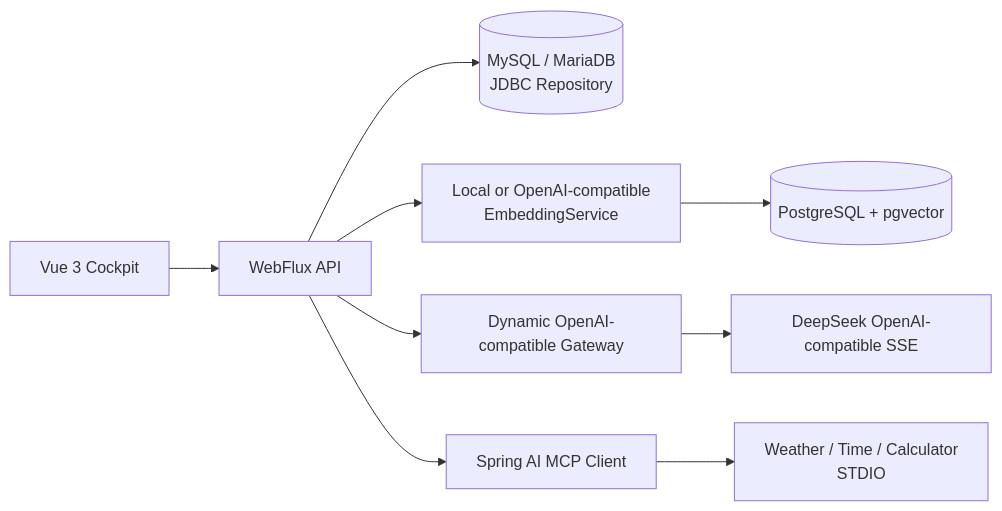
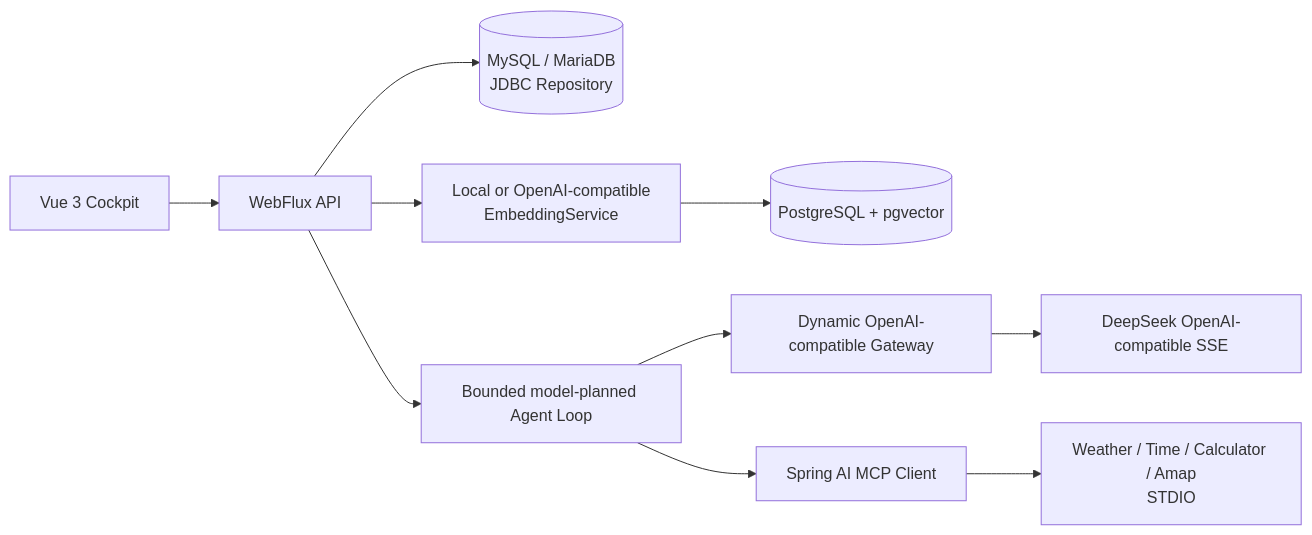
Before and after one commit to caibinice/enterprise-ai-cockpit: the diagram in README.md, drawn with Mermaid. The commit also changed other lines of this file and 23 other files, not shown here.

Commit message:
feat: add model-driven MCP weather agent

````diff
--- a/README.md
+++ b/README.md
@@ -26,11 +27,12 @@
 ```mermaid
 flowchart LR
   UI[Vue 3 Cockpit] --> API[WebFlux API]
   API --> MYSQL[(MySQL / MariaDB\nJDBC Repository)]
   API --> EMB[Local or OpenAI-compatible\nEmbeddingService]
   EMB --> PG[(PostgreSQL + pgvector)]
-  API --> AI[Dynamic OpenAI-compatible Gateway]
+  API --> AGENT[Bounded model-planned Agent Loop]
+  AGENT --> AI[Dynamic OpenAI-compatible Gateway]
   AI --> DS[DeepSeek OpenAI-compatible SSE]
-  API --> MCP[Spring AI MCP Client]
-  MCP --> TOOLS[Weather / Time / Calculator\nSTDIO]
+  AGENT --> MCP[Spring AI MCP Client]
+  MCP --> TOOLS[Weather / Time / Calculator / Amap\nSTDIO]
 ```
````
